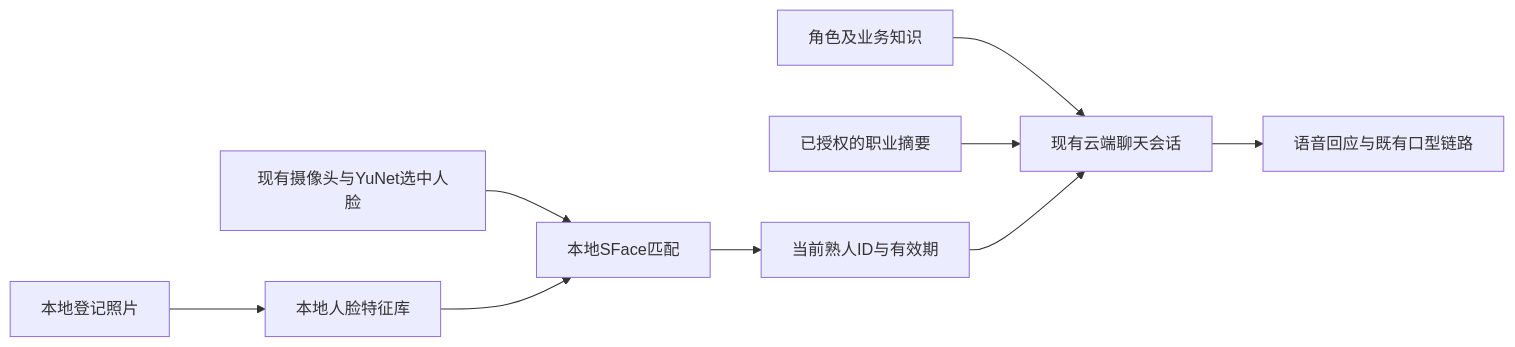
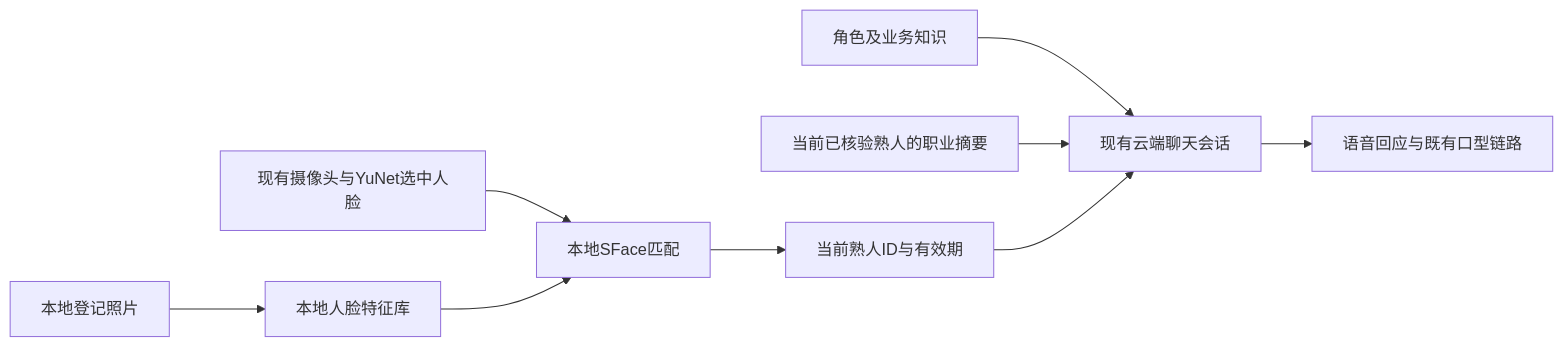
Before and after one commit to adniyanuo-ui/Vivis: the diagram in docs/developer/KNOWLEDGE_AND_FAMILIAR_FACES.md, drawn with Mermaid. The commit also changed other lines of this file and 60 other files, not shown here.

````diff
--- a/docs/developer/KNOWLEDGE_AND_FAMILIAR_FACES.md
+++ b/docs/developer/KNOWLEDGE_AND_FAMILIAR_FACES.md
@@ -25,11 +27,11 @@
 ```mermaid
 flowchart LR
     C[现有摄像头与YuNet选中人脸] --> L[本地SFace匹配]
     P[本地登记照片] --> G[本地人脸特征库]
     G --> L
     L --> S[当前熟人ID与有效期]
     K[角色及业务知识] --> Q[现有云端聊天会话]
-    W[已授权的职业摘要] --> Q
+    W[当前已核验熟人的职业摘要] --> Q
     S --> Q
     Q --> A[语音回应与既有口型链路]
 ```
````
